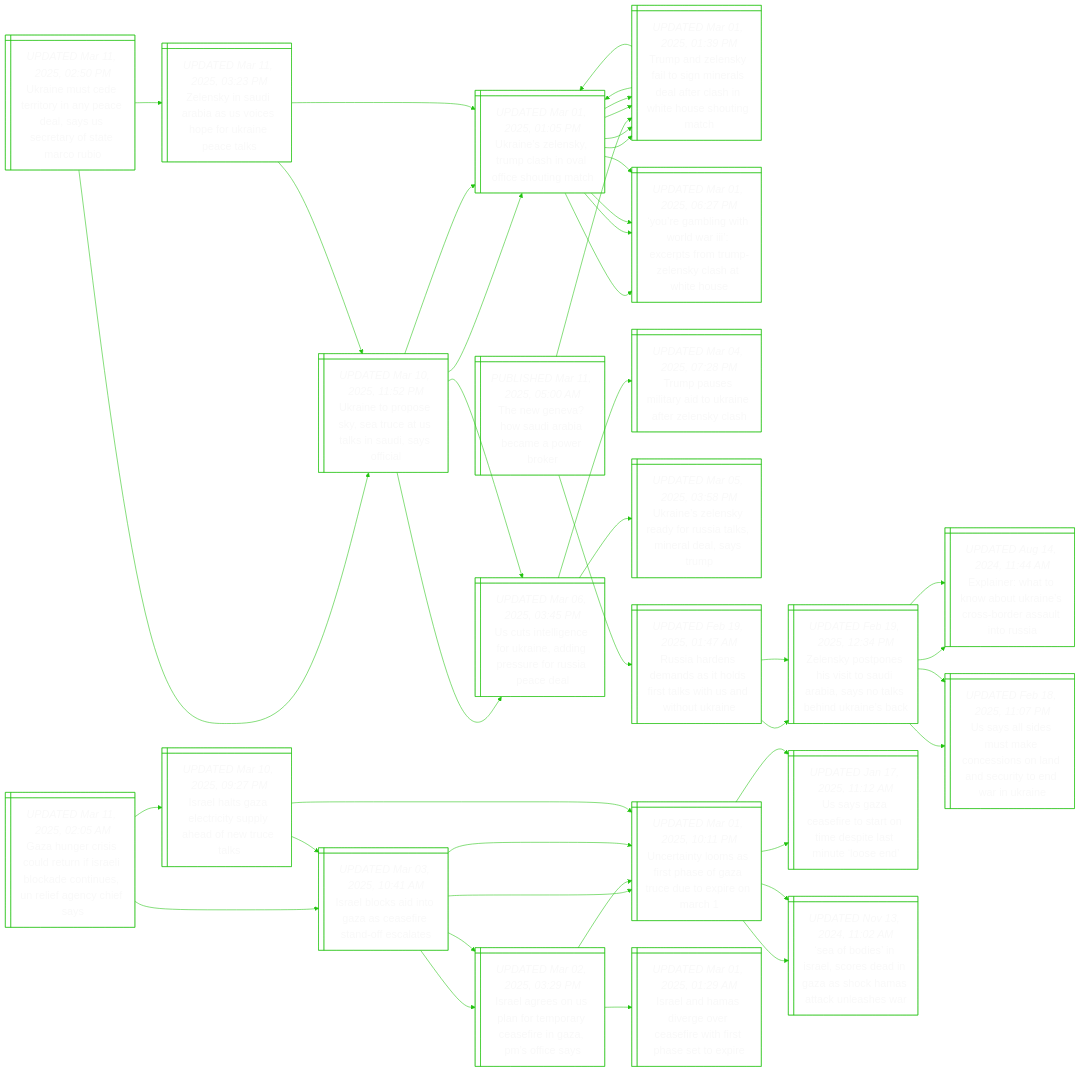
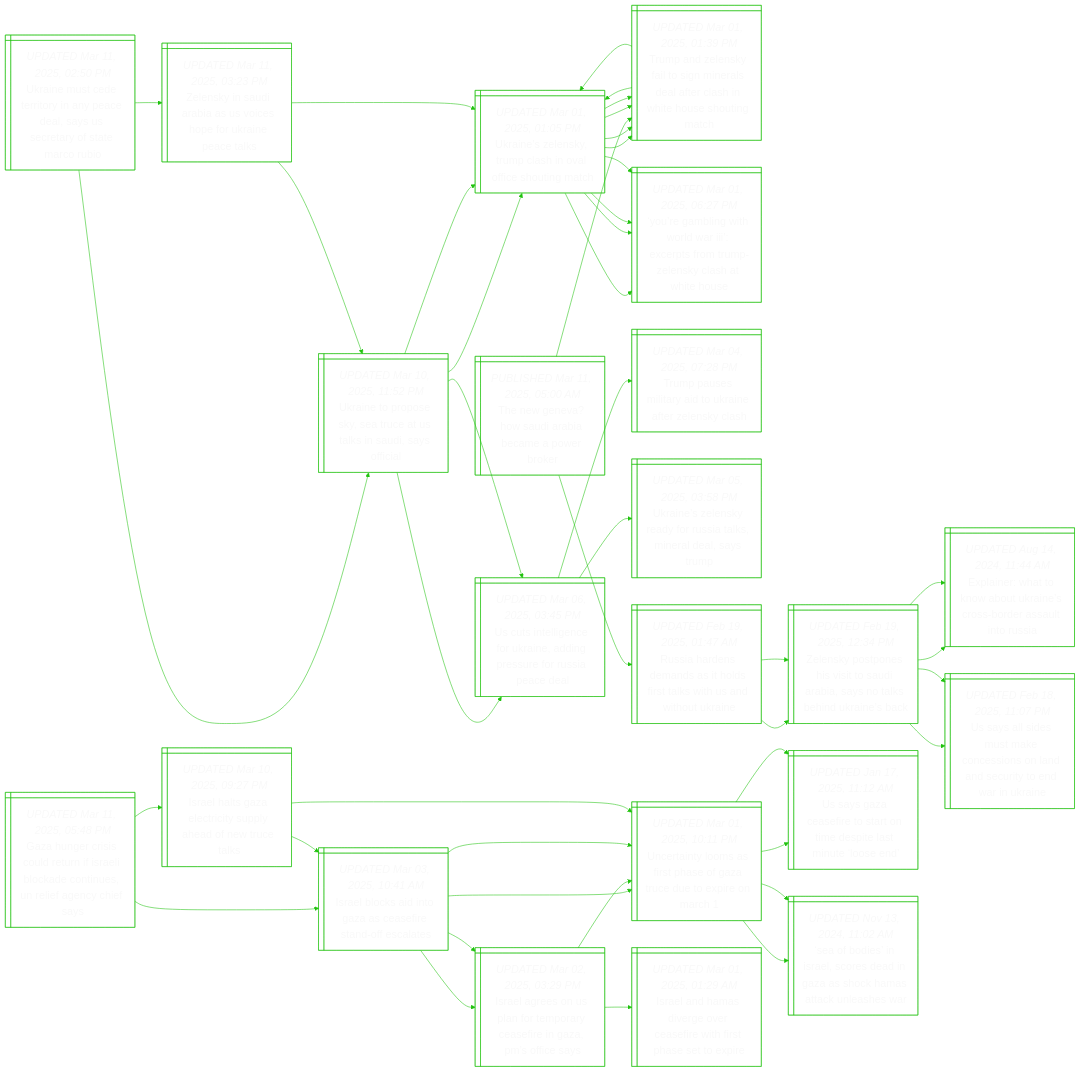
Before and after one commit to notJmes/notJmes: the diagram in README.md, drawn with Mermaid. The commit also changed other lines of this file, not shown here.

```diff
--- a/README.md
+++ b/README.md
@@ -108,7 +108,7 @@
 ZssevtdbyaeUnc:::txtsize --> Eihkbkesdsiu:::txtsize
 ZssevtdbyaeUnc:::txtsize --> UsiukcolnutwUn:::txtsize
 
-Gucsdrsikourfces@{ shape: win-pane, label: "_UPDATED Mar 11, 2025, 02:05 AM_
+Gucsdrsikourfces@{ shape: win-pane, label: "_UPDATED Mar 11, 2025, 05:48 PM_
 Gaza hunger crisis could return if israeli blockade continues, un relief agency chief says" }
 Ilkiacftfas@{ shape: win-pane, label: "_UPDATED Mar 03, 2025, 10:41 AM_
 Israel blocks aid into gaza as ceasefire stand-off escalates" }
```
